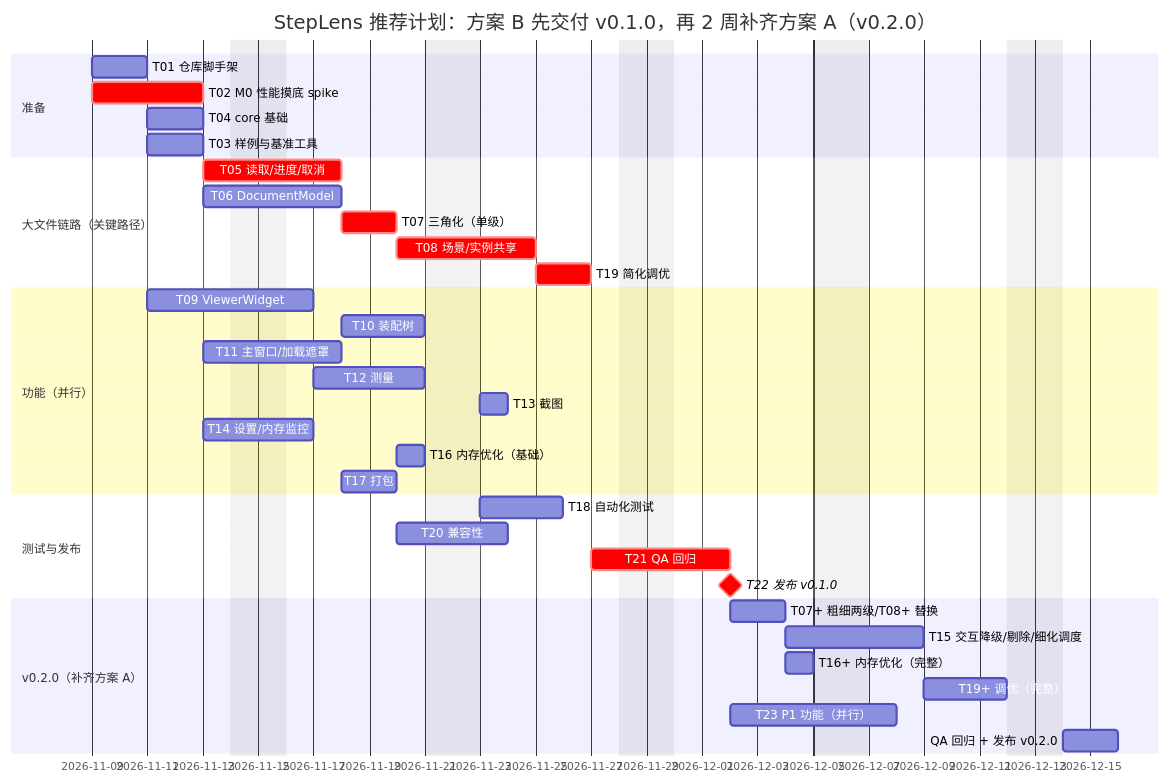
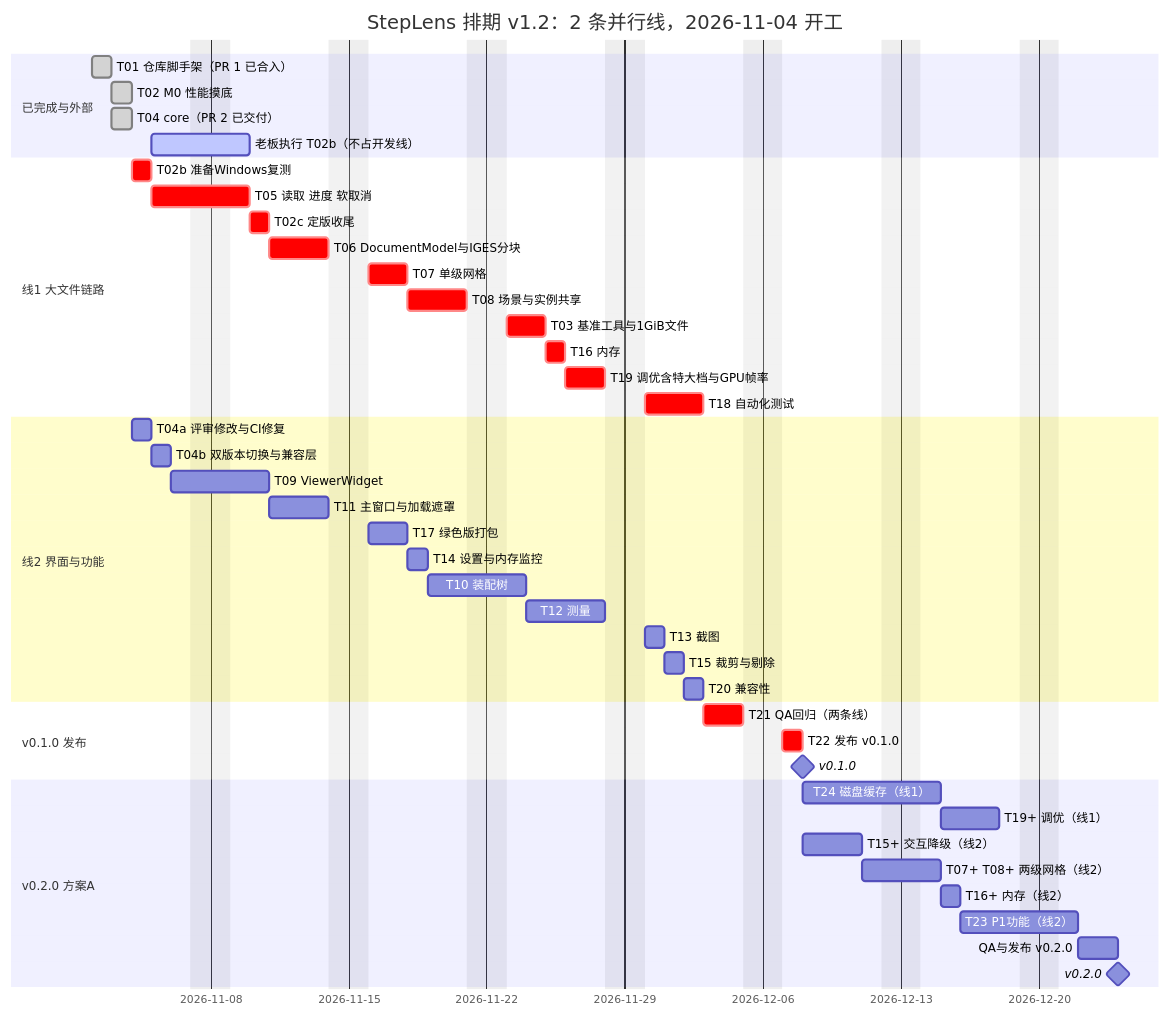
Before and after one commit to gdTang123/StepLens: the fourth of 4 diagrams in docs/design/step-viewer-architecture.md, drawn with Mermaid. The commit also changed other lines of this file and 24 other files, not shown here.

````diff
--- a/docs/design/step-viewer-architecture.md
+++ b/docs/design/step-viewer-architecture.md
@@ -1219,38 +1477,47 @@
 ```mermaid
 gantt
-    title StepLens 推荐计划：方案 B 先交付 v0.1.0，再 2 周补齐方案 A（v0.2.0）
+    title StepLens 排期 v1.2：2 条并行线，2026-11-04 开工
     dateFormat  YYYY-MM-DD
     excludes    weekends
-    section 准备
-    T01 仓库脚手架            :t01, 2026-11-09, 2d
-    T02 M0 性能摸底 spike      :crit, t02, 2026-11-09, 4d
-    T04 core 基础              :t04, after t01, 2d
-    T03 样例与基准工具         :t03, after t01, 2d
-    section 大文件链路（关键路径）
-    T05 读取/进度/取消          :crit, t05, after t02, 3d
-    T06 DocumentModel           :t06, after t02, 3d
-    T07 三角化（单级）          :crit, t07, after t05, 2d
-    T08 场景/实例共享           :crit, t08, after t07, 3d
-    T19 简化调优               :crit, t19, after t08, 2d
-    section 功能（并行）
-    T09 ViewerWidget            :t09, after t01, 4d
-    T10 装配树                  :t10, after t06, 3d
-    T11 主窗口/加载遮罩         :t11, after t04, 3d
-    T12 测量                    :t12, after t09, 4d
-    T13 截图                    :t13, after t12, 1d
-    T14 设置/内存监控           :t14, after t04, 2d
-    T16 内存优化（基础）        :t16, after t07, 1d
-    T17 打包                    :t17, after t11, 2d
-    section 测试与发布
-    T18 自动化测试              :t18, after t10, 3d
-    T20 兼容性                  :t20, after t17, 2d
-    T21 QA 回归                 :crit, t21, after t19, 3d
-    T22 发布 v0.1.0             :milestone, crit, m4, after t21, 0d
-    section v0.2.0（补齐方案 A）
-    T07+ 粗细两级/T08+ 替换     :v1, after t21, 2d
-    T15 交互降级/剔除/细化调度   :v2, after v1, 3d
-    T16+ 内存优化（完整）       :v3, after v1, 1d
-    T19+ 调优（完整）           :v4, after v2, 3d
-    T23 P1 功能（并行）         :v5, after t21, 4d
-    QA 回归 + 发布 v0.2.0       :v6, after v4, 2d
+    section 已完成与外部
+    T01 仓库脚手架（PR 1 已合入）  :done, t01, 2026-11-02, 1d
+    T02 M0 性能摸底               :done, t02, 2026-11-03, 1d
+    T04 core（PR 2 已交付）       :done, t04, 2026-11-03, 1d
+    老板执行 T02b（不占开发线）   :active, boss, 2026-11-05, 3d
+    section 线1 大文件链路
+    T02b 准备Windows复测          :crit, t02b, 2026-11-04, 1d
+    T05 读取 进度 软取消          :crit, t05, after t02b, 3d
+    T02c 定版收尾                 :crit, t02c, after t05, 1d
+    T06 DocumentModel与IGES分块   :crit, t06, after t02c, 3d
+    T07 单级网格                  :crit, t07, after t06, 2d
+    T08 场景与实例共享            :crit, t08, after t07, 3d
+    T03 基准工具与1GiB文件        :crit, t03, after t08, 2d
+    T16 内存                      :crit, t16, after t03, 1d
+    T19 调优含特大档与GPU帧率     :crit, t19, after t16, 2d
+    T18 自动化测试                :crit, t18, after t19, 3d
+    section 线2 界面与功能
+    T04a 评审修改与CI修复         :t04a, 2026-11-04, 1d
+    T04b 双版本切换与兼容层       :t04b, after t04a, 1d
+    T09 ViewerWidget              :t09, after t04b, 3d
+    T11 主窗口与加载遮罩          :t11, after t09, 3d
+    T17 绿色版打包                :t17, after t11, 2d
+    T14 设置与内存监控            :t14, after t17, 1d
+    T10 装配树                    :t10, after t14, 3d
+    T12 测量                      :t12, after t10, 4d
+    T13 截图                      :t13, after t12, 1d
+    T15 裁剪与剔除                :t15, after t13, 1d
+    T20 兼容性                    :t20, after t15, 1d
+    section v0.1.0 发布
+    T21 QA回归（两条线）          :crit, t21, after t18 t20, 2d
+    T22 发布 v0.1.0               :crit, t22, after t21, 1d
+    v0.1.0                        :milestone, m4, after t22, 0d
+    section v0.2.0 方案A
+    T24 磁盘缓存（线1）           :t24, after t22, 5d
+    T19+ 调优（线1）              :t19p, after t24, 3d
+    T15+ 交互降级（线2）          :t15p, after t22, 3d
+    T07+ T08+ 两级网格（线2）     :t78p, after t15p, 2d
+    T16+ 内存（线2）              :t16p, after t78p, 1d
+    T23 P1功能（线2）             :t23, after t16p, 4d
+    QA与发布 v0.2.0               :qa2, after t19p t23, 2d
+    v0.2.0                        :milestone, m5, after qa2, 0d
 ```
````
